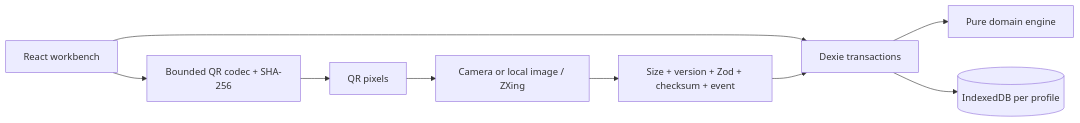
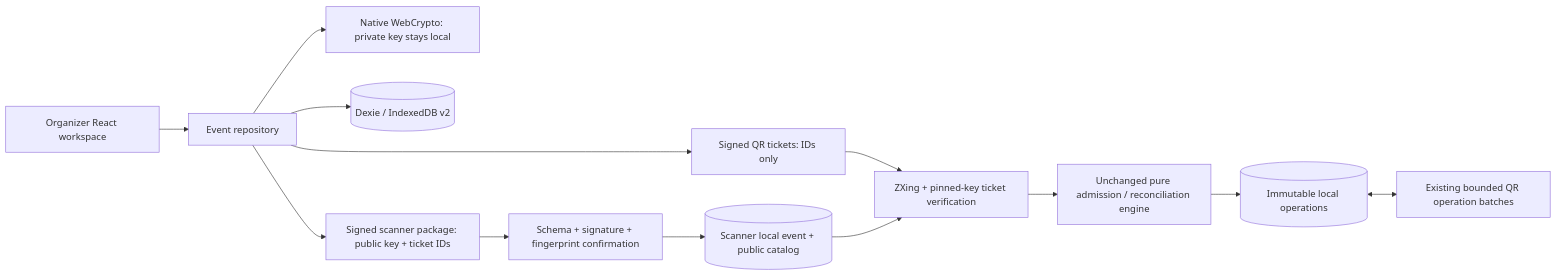
One commit to ISyncPlus/EntryLoop changed the diagram in docs/ARCHITECTURE.md. Above: the diagram before and after it, drawn with Mermaid. The commit also changed other lines of this file and 83 other files, not shown here.

````diff
--- a/docs/ARCHITECTURE.md
+++ b/docs/ARCHITECTURE.md
@@ -5,11 +7,15 @@
 ```mermaid
 flowchart LR
-  UI[React workbench] --> DB[Dexie transactions]
-  DB --> Engine[Pure domain engine]
-  DB --> IDB[(IndexedDB per profile)]
-  UI --> Encoder[Bounded QR codec + SHA-256]
-  Encoder --> QR[QR pixels]
-  QR --> ZXing[Camera or local image / ZXing]
-  ZXing --> Decoder[Size + version + Zod + checksum + event]
-  Decoder --> DB
+ O[Organizer React workspace] --> R[Event repository]
+ R --> K[Native WebCrypto: private key stays local]
+ R --> D[(Dexie / IndexedDB v2)]
+ R --> T[Signed QR tickets: IDs only]
+ R --> P[Signed scanner package: public key + ticket IDs]
+ P --> I[Schema + signature + fingerprint confirmation]
+ I --> S[(Scanner local event + public catalog)]
+ T --> V[ZXing + pinned-key ticket verification]
+ S --> V
+ V --> E[Unchanged pure admission / reconciliation engine]
+ E --> L[(Immutable local operations)]
+ L <--> Q[Existing bounded QR operation batches]
 ```
````
